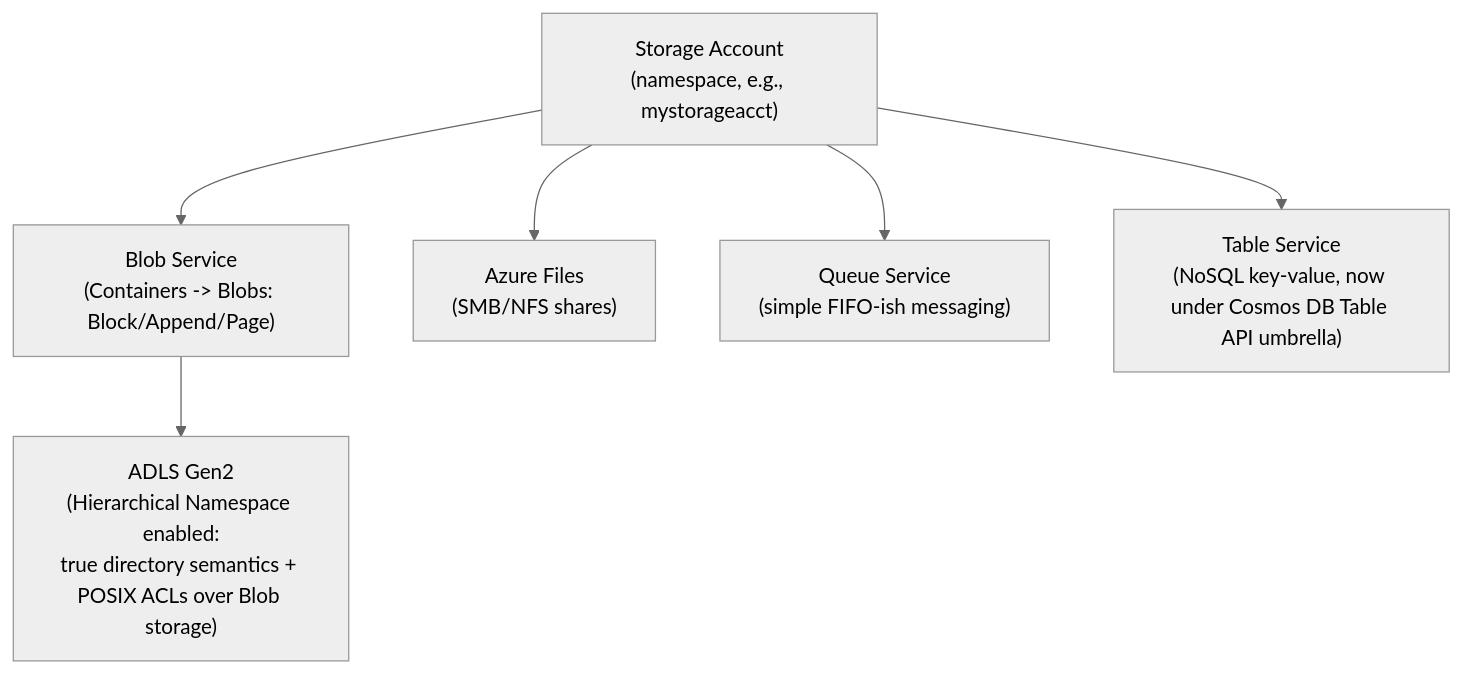
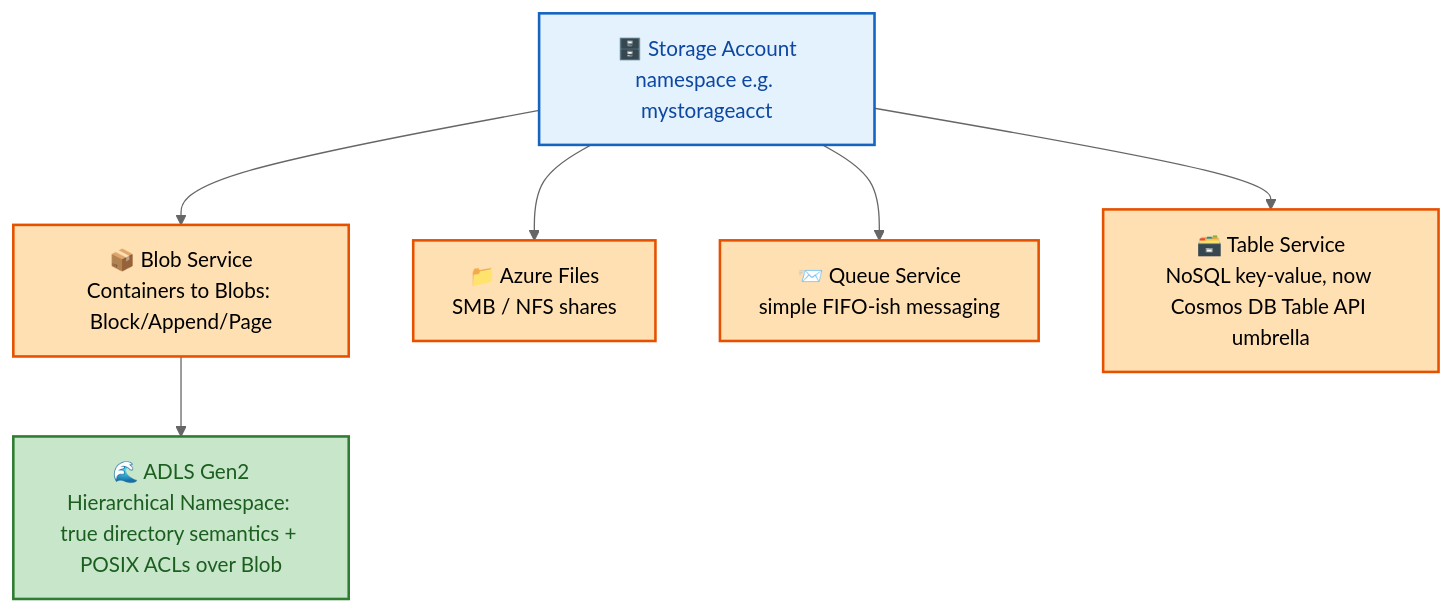
One commit to rakesh-budde/devops-guide changed the sixth of 6 diagrams in azure/04-COMPUTE-STORAGE.md. Above: the diagram before and after it, drawn with Mermaid (neutral theme). The commit also changed other lines of this file and 73 other files, not shown here.

````diff
--- a/azure/04-COMPUTE-STORAGE.md
+++ b/azure/04-COMPUTE-STORAGE.md
@@ -147,9 +270,16 @@
 ```mermaid
 graph TB
-    SA["Storage Account<br/>(namespace, e.g., mystorageacct)"]
-    SA --> Blob["Blob Service<br/>(Containers -> Blobs: Block/Append/Page)"]
-    SA --> Files["Azure Files<br/>(SMB/NFS shares)"]
-    SA --> Queue["Queue Service<br/>(simple FIFO-ish messaging)"]
-    SA --> Table["Table Service<br/>(NoSQL key-value, now under Cosmos DB Table API umbrella)"]
-    Blob --> ADLSg2["ADLS Gen2<br/>(Hierarchical Namespace enabled:<br/>true directory semantics + POSIX ACLs over Blob storage)"]
+    SA["🗄️ Storage Account<br/>namespace e.g. mystorageacct"]
+    SA --> Blob["📦 Blob Service<br/>Containers to Blobs: Block/Append/Page"]
+    SA --> Files["📁 Azure Files<br/>SMB / NFS shares"]
+    SA --> Queue["📨 Queue Service<br/>simple FIFO-ish messaging"]
+    SA --> Table["🗃️ Table Service<br/>NoSQL key-value, now Cosmos DB Table API umbrella"]
+    Blob --> ADLSg2["🌊 ADLS Gen2<br/>Hierarchical Namespace: true directory semantics + POSIX ACLs over Blob"]
+
+    classDef start fill:#e3f2fd,stroke:#1565c0,color:#0d47a1,stroke-width:2px;
+    classDef store fill:#ffe0b2,stroke:#e65100,color:#000,stroke-width:2px;
+    classDef good fill:#c8e6c9,stroke:#2e7d32,color:#1b5e20,stroke-width:2px;
+    class SA start;
+    class Blob,Files,Queue,Table store;
+    class ADLSg2 good;
 ```
````
